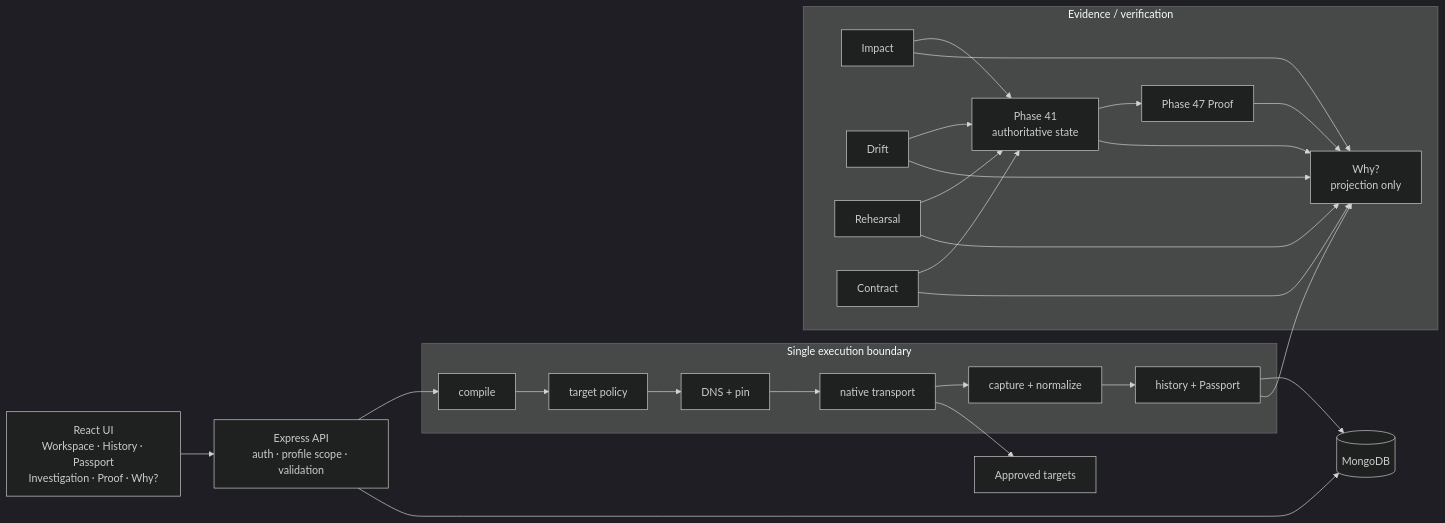
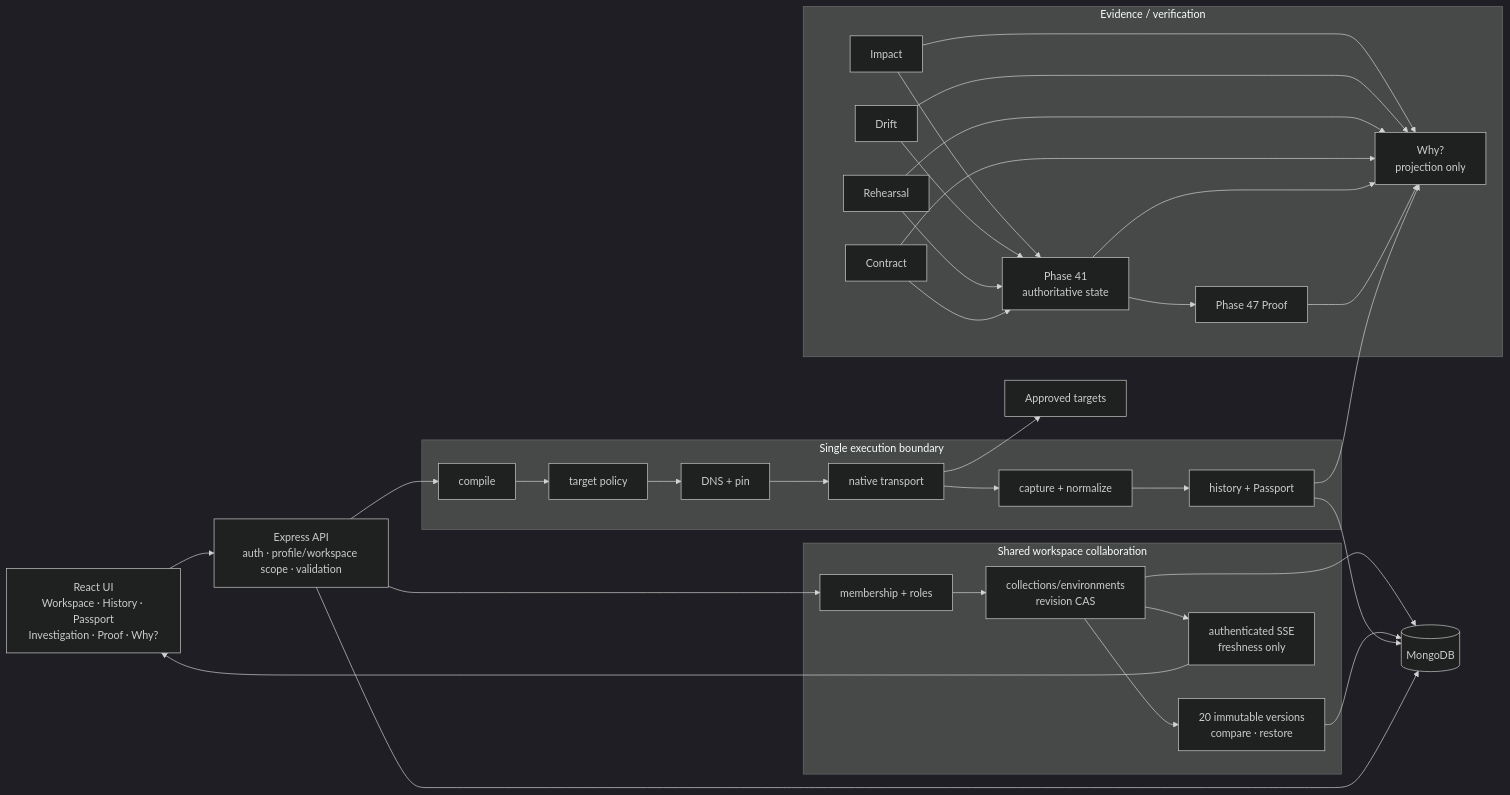
The diagram in docs/REVIEWER_GUIDE.md (Sathvikar01/coderepo-react-node-postman), drawn with Mermaid (dark theme) before and after one commit. The commit also changed other lines of this file, not shown here.

Commit message:
docs: make live collaboration reviewer-demoable

````diff
--- a/docs/REVIEWER_GUIDE.md
+++ b/docs/REVIEWER_GUIDE.md
@@ -167,45 +168,59 @@
 ```mermaid
 flowchart LR
     UI["React UI<br/>Workspace · History · Passport<br/>Investigation · Proof · Why?"]
-    API["Express API<br/>auth · profile scope · validation"]
+    API["Express API<br/>auth · profile/workspace scope · validation"]
+
+    subgraph COLLAB["Shared workspace collaboration"]
+      WS["membership + roles"]
+      SAVED["collections/environments<br/>revision CAS"]
+      VER["20 immutable versions<br/>compare · restore"]
+      SSE["authenticated SSE<br/>freshness only"]
+      WS --> SAVED --> VER
+      SAVED --> SSE
+    end
 
     subgraph EXEC["Single execution boundary"]
       C["compile"]
       P["target policy"]
       D["DNS + pin"]
       T["native transport"]
       N["capture + normalize"]
       H["history + Passport"]
       C --> P --> D --> T --> N --> H
     end
 
     subgraph VERIFY["Evidence / verification"]
       I["Impact"]
       R["Drift"]
       RH["Rehearsal"]
       CC["Contract"]
       V["Phase 41<br/>authoritative state"]
       PF["Phase 47 Proof"]
       W["Why?<br/>projection only"]
       I --> V
       R --> V
       RH --> V
       CC --> V
       V --> PF
       I --> W
       R --> W
       RH --> W
       CC --> W
       V --> W
       PF --> W
     end
 
     DB[("MongoDB")]
     TARGET["Approved targets"]
 
-    UI --> API --> C
+    UI --> API
+    API --> WS
+    API --> C
+    SSE --> UI
+    SAVED --> DB
+    VER --> DB
     H --> DB
     H --> W
     API --> DB
     T --> TARGET
 ```
````
